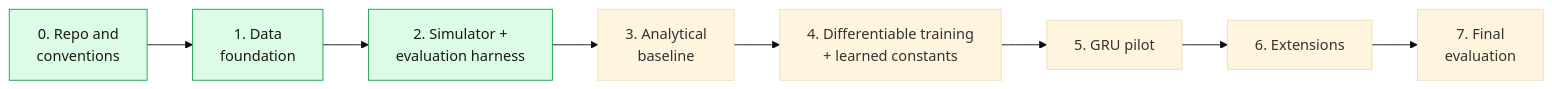
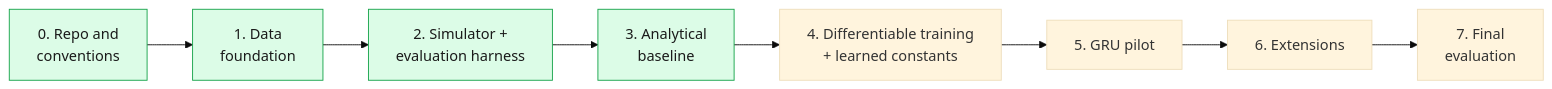
The second of 2 diagrams in README.md (JustMohsen/learning-assisted-state-estimation), drawn with Mermaid (base theme) before and after one commit. The commit also changed other lines of this file and 12 other files, not shown here.

````diff
--- a/README.md
+++ b/README.md
@@ -45,13 +45,13 @@
 ```mermaid
 flowchart LR
     P0["0. Repo and<br/>conventions"] --> P1["1. Data<br/>foundation"]
     P1 --> P2["2. Simulator +<br/>evaluation harness"]
     P2 --> P3["3. Analytical<br/>baseline"]
     P3 --> P4["4. Differentiable training<br/>+ learned constants"]
     P4 --> P5["5. GRU pilot"]
     P5 --> P6["6. Extensions"]
     P6 --> P7["7. Final<br/>evaluation"]
 
     classDef done fill:#dcfce7,stroke:#16a34a,color:#1a1a1a
-    class P0,P1,P2 done
+    class P0,P1,P2,P3 done
 ```
````
